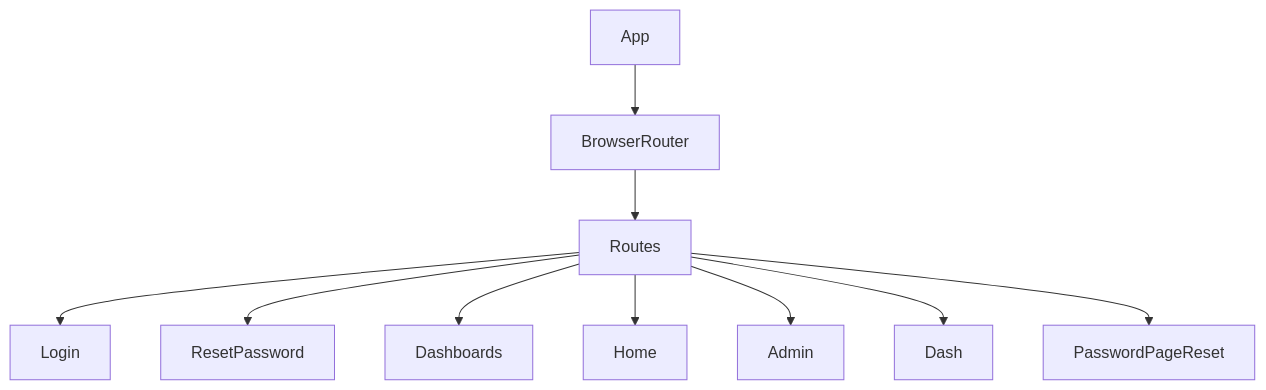
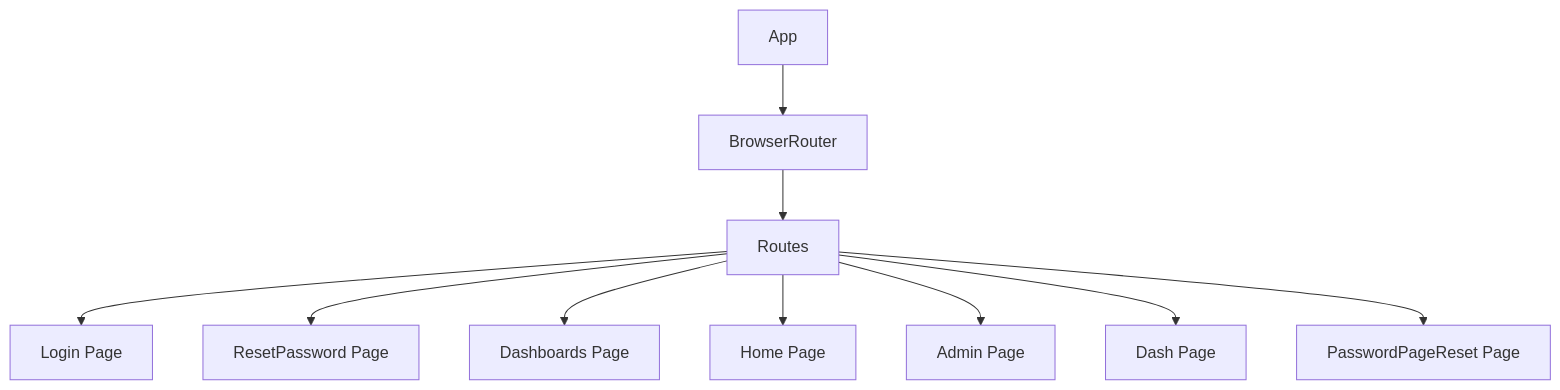
One commit to test-company-prowiz/maxify_frontend changed the diagram in docs/src/App.jsx.md. Above: the diagram before and after it, drawn with Mermaid. The commit also changed other lines of this file, not shown here.

````diff
--- a/docs/src/App.jsx.md
+++ b/docs/src/App.jsx.md
@@ -42,12 +44,12 @@
 ```mermaid
 graph TD
 App --> BrowserRouter
 BrowserRouter --> Routes
-Routes --> Login
-Routes --> ResetPassword
-Routes --> Dashboards
-Routes --> Home
-Routes --> Admin
-Routes --> Dash
-Routes --> PasswordPageReset
+Routes --> Login[Login Page]
+Routes --> ResetPassword[ResetPassword Page]
+Routes --> Dashboards[Dashboards Page]
+Routes --> Home[Home Page]
+Routes --> Admin[Admin Page]
+Routes --> Dash[Dash Page]
+Routes --> PasswordPageReset[PasswordPageReset Page]
 ```
````
